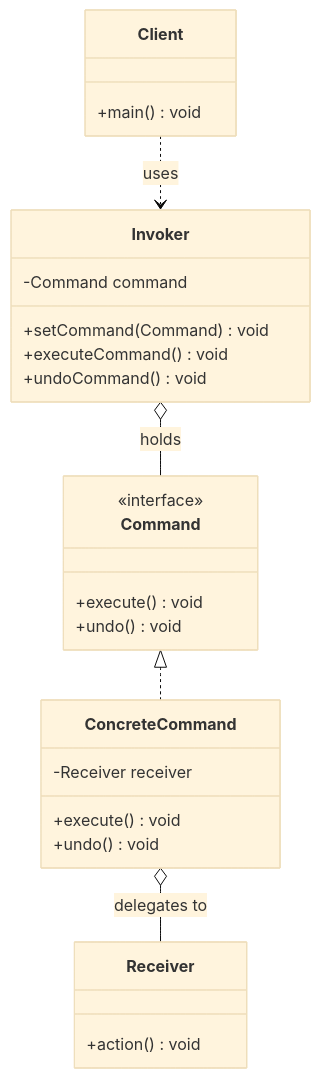
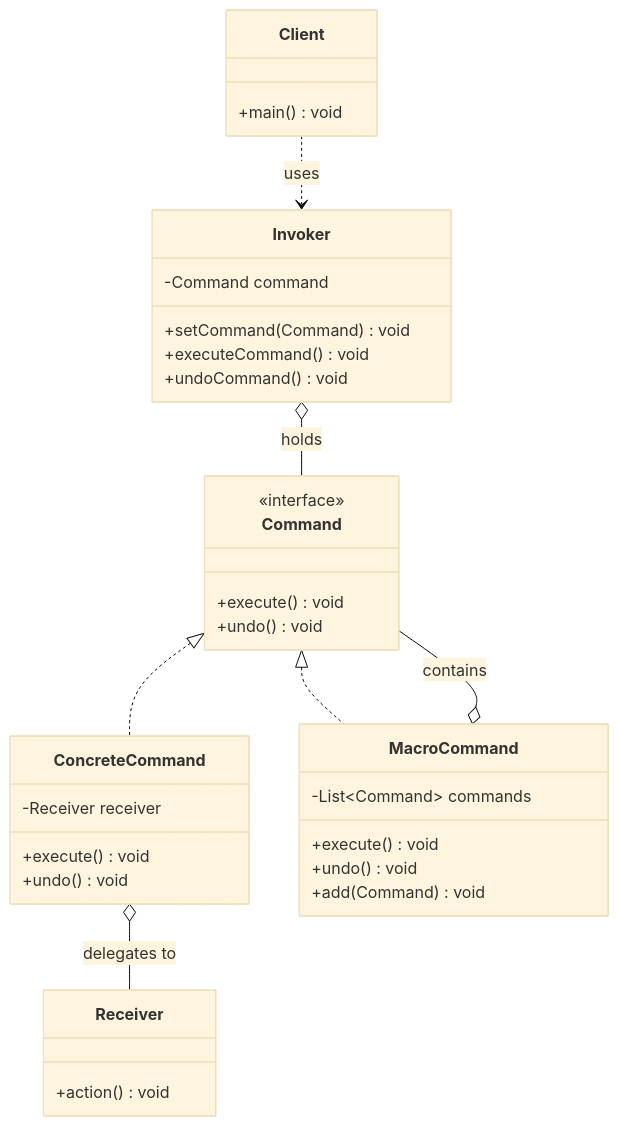
Before and after one commit to coolzhul/java-fullstack-knowledge: the diagram in src/java-advanced/design-patterns/command.md, drawn with Mermaid (base theme). The commit also changed other lines of this file and 22 other files, not shown here.

````diff
--- a/src/java-advanced/design-patterns/command.md
+++ b/src/java-advanced/design-patterns/command.md
@@ -31,29 +46,37 @@
 ```mermaid
 classDiagram
     class Command {
         <<interface>>
         +execute() void
         +undo() void
     }
     class ConcreteCommand {
         -Receiver receiver
         +execute() void
         +undo() void
     }
     class Receiver {
         +action() void
     }
     class Invoker {
         -Command command
         +setCommand(Command) void
         +executeCommand() void
         +undoCommand() void
     }
     class Client {
         +main() void
     }
+    class MacroCommand {
+        -List~Command~ commands
+        +execute() void
+        +undo() void
+        +add(Command) void
+    }
     Command <|.. ConcreteCommand
+    Command <|.. MacroCommand
     ConcreteCommand o-- Receiver : delegates to
     Invoker o-- Command : holds
     Client ..> Invoker : uses
+    MacroCommand o-- Command : contains
 ```
````
